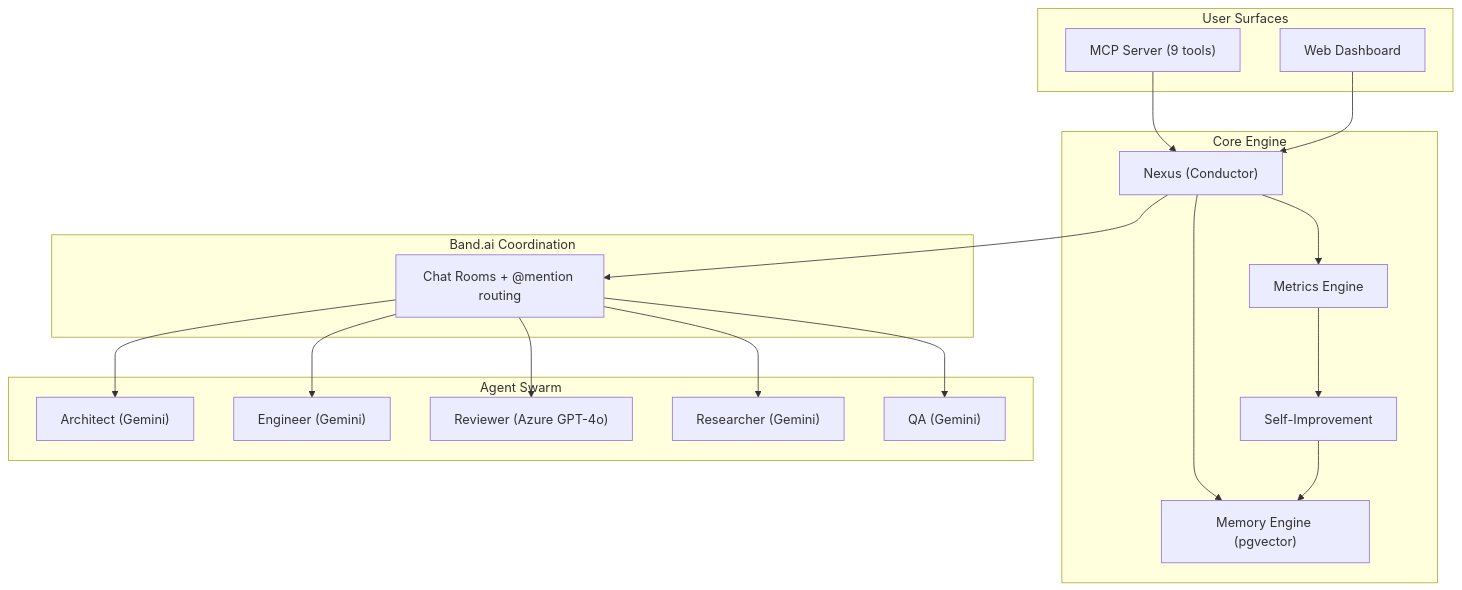
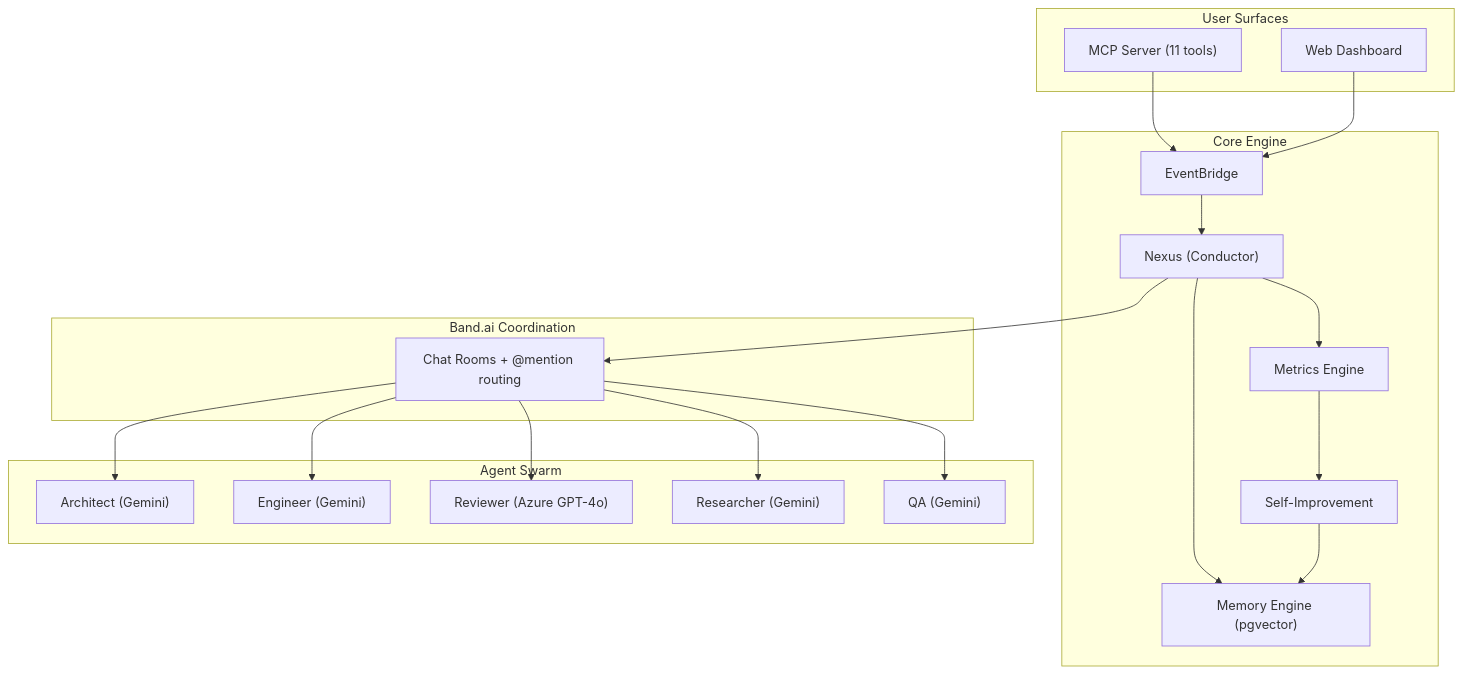
The first of 3 diagrams in README.md (Adit-Jain-srm/Vibe-Syndicate), drawn with Mermaid before and after one commit. The commit also changed other lines of this file and 3 other files, not shown here.

````diff
--- a/README.md
+++ b/README.md
@@ -28,39 +28,41 @@
 ```mermaid
 flowchart TB
     subgraph user [User Surfaces]
-        MCP["MCP Server (9 tools)"]
+        MCP["MCP Server (11 tools)"]
         Dashboard["Web Dashboard"]
     end
 
     subgraph core [Core Engine]
         Nexus["Nexus (Conductor)"]
+        Bridge["EventBridge"]
         Memory["Memory Engine (pgvector)"]
         Metrics["Metrics Engine"]
         SelfImprove["Self-Improvement"]
     end
 
     subgraph band [Band.ai Coordination]
         Rooms["Chat Rooms + @mention routing"]
     end
 
     subgraph swarm [Agent Swarm]
         Arch["Architect (Gemini)"]
         Eng["Engineer (Gemini)"]
         Rev["Reviewer (Azure GPT-4o)"]
         Res["Researcher (Gemini)"]
         QA_agent["QA (Gemini)"]
     end
 
-    MCP --> Nexus
-    Dashboard --> Nexus
+    MCP --> Bridge
+    Dashboard --> Bridge
+    Bridge --> Nexus
     Nexus --> Memory
     Nexus --> Metrics
     Nexus --> Rooms
     Rooms --> Arch
     Rooms --> Eng
     Rooms --> Rev
     Rooms --> Res
     Rooms --> QA_agent
     Metrics --> SelfImprove
     SelfImprove --> Memory
 ```
````
